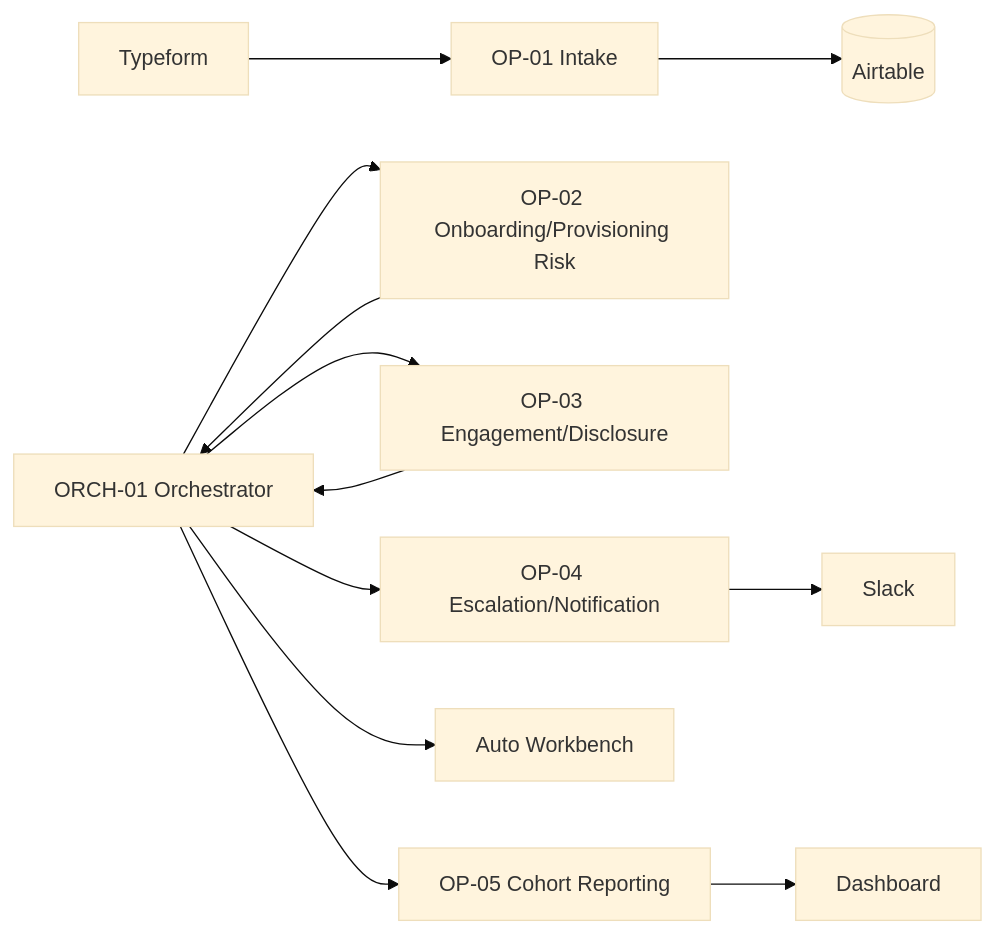
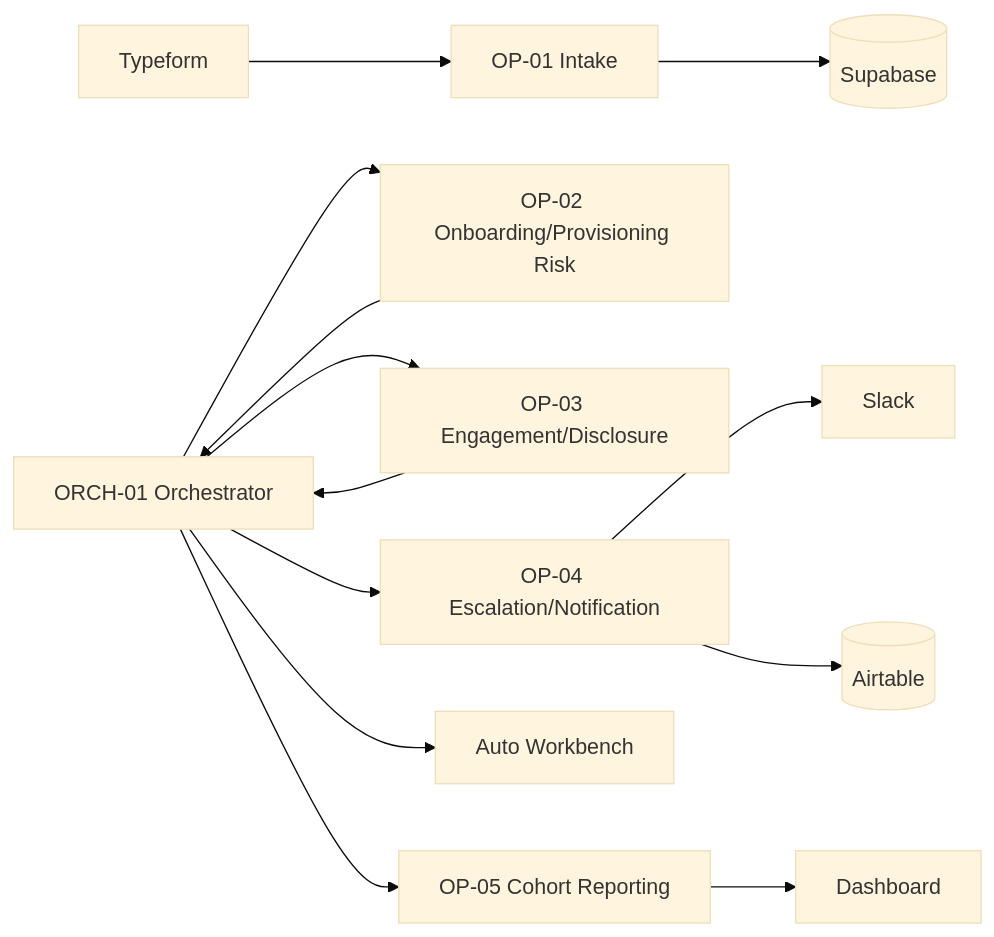
One commit to veinsan/supervity-ai-employee changed the diagram in README.md. Above: the diagram before and after it, drawn with Mermaid (base theme). The commit also changed other lines of this file and 12 other files, not shown here.

Commit message:
docs: update airtable to supabase

````diff
--- a/README.md
+++ b/README.md
@@ -81,13 +81,14 @@
 ```mermaid
 flowchart LR
     TF[Typeform] --> OP1[OP-01 Intake]
-    OP1 --> AT[(Airtable)]
+    OP1 --> SB[(Supabase)]
     ORCH[ORCH-01 Orchestrator] --> OP2[OP-02 Onboarding/Provisioning Risk]
     ORCH --> OP3[OP-03 Engagement/Disclosure]
     OP2 & OP3 --> ORCH
     ORCH --> OP4[OP-04 Escalation/Notification]
     ORCH --> WB[Auto Workbench]
     OP4 --> SL[Slack]
+    OP4 --> AT[(Airtable)]
     ORCH --> OP5[OP-05 Cohort Reporting]
     OP5 --> DASH[Dashboard]
 ```
````
